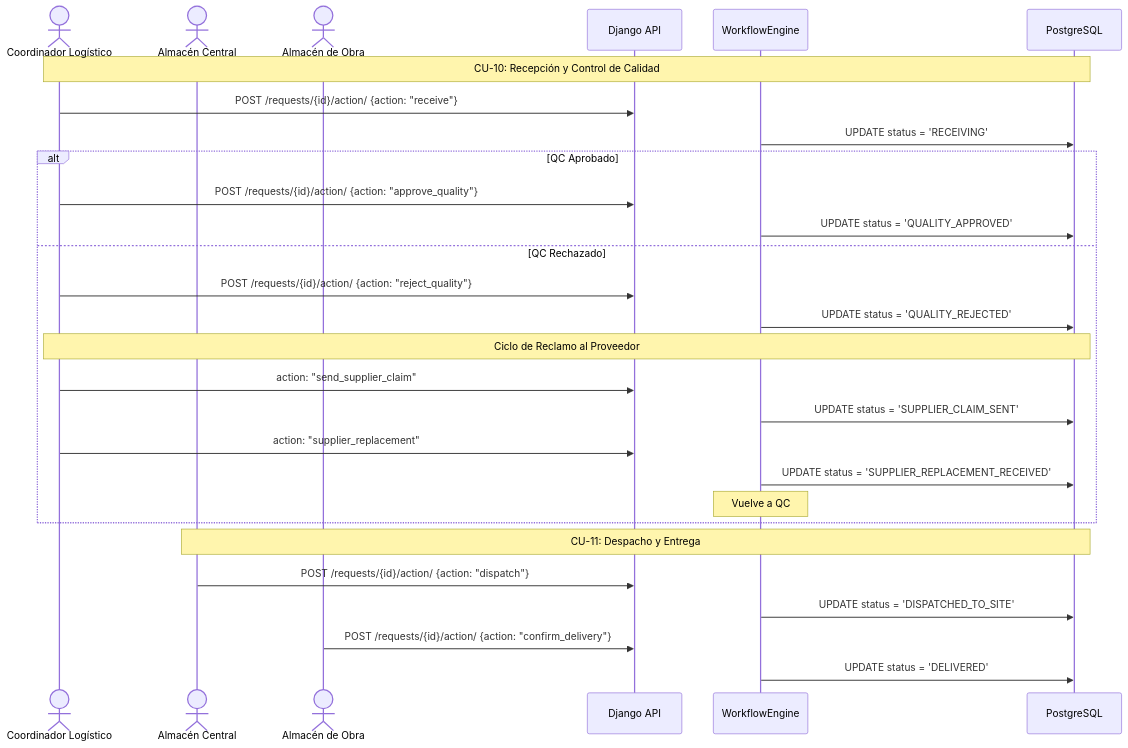
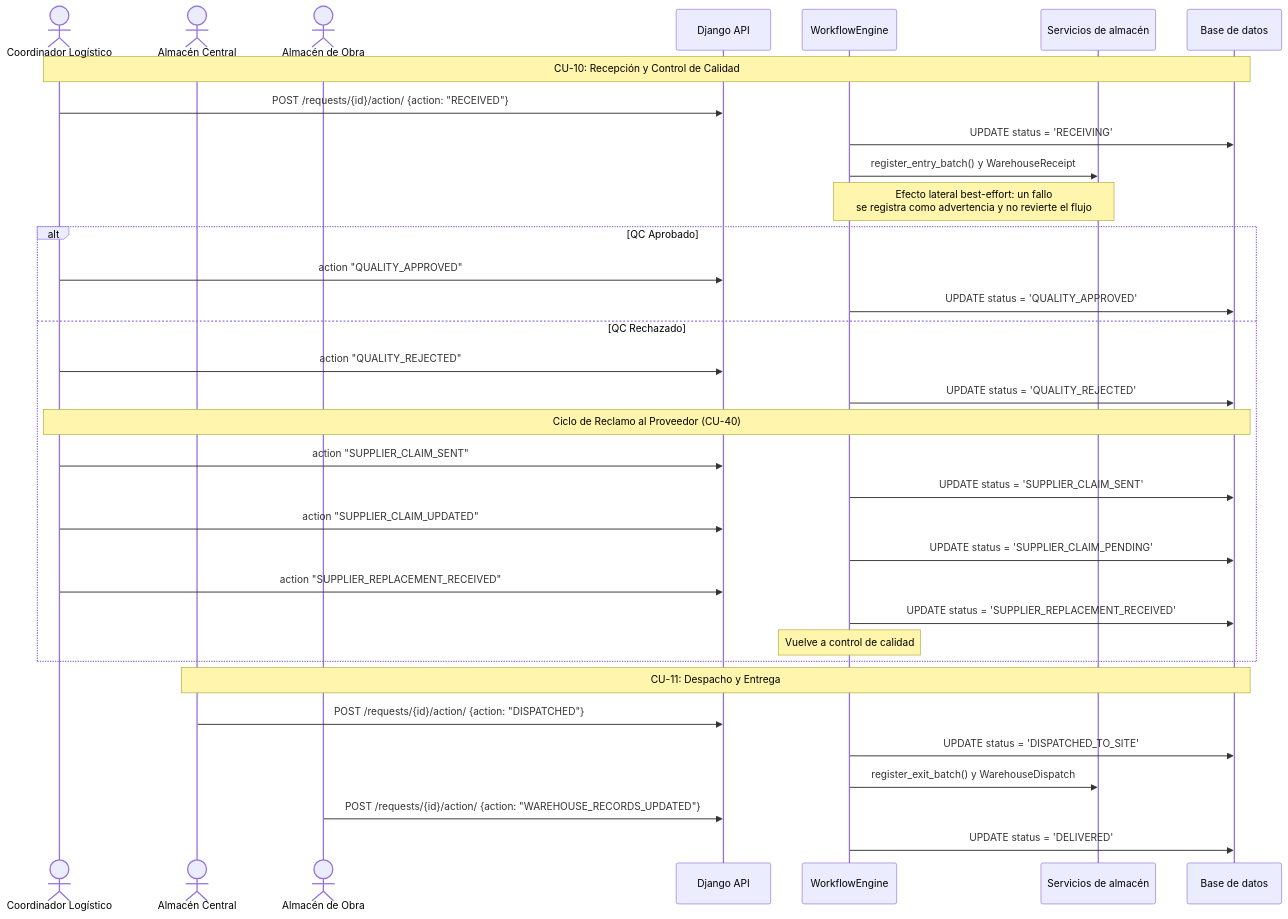
One commit to pccpegit/SYSPCCLOG changed the ninth of 25 diagrams in docs/01_Casos_de_Uso.md. Above: the diagram before and after it, drawn with Mermaid. The commit also changed other lines of this file and 42 other files, not shown here.

````diff
--- a/docs/01_Casos_de_Uso.md
+++ b/docs/01_Casos_de_Uso.md
@@ -474,35 +539,41 @@
 ```mermaid
 sequenceDiagram
     actor LC as Coordinador Logístico
     actor CW as Almacén Central
     actor SW as Almacén de Obra
     participant API as Django API
     participant WF as WorkflowEngine
-    participant DB as PostgreSQL
+    participant WH as Servicios de almacén
+    participant DB as Base de datos
 
     Note over LC,DB: CU-10: Recepción y Control de Calidad
-    LC->>API: POST /requests/{id}/action/ {action: "receive"}
+    LC->>API: POST /requests/{id}/action/ {action: "RECEIVED"}
     WF->>DB: UPDATE status = 'RECEIVING'
+    WF->>WH: register_entry_batch() y WarehouseReceipt
+    Note over WF,WH: Efecto lateral best-effort: un fallo<br/>se registra como advertencia y no revierte el flujo
 
     alt QC Aprobado
-        LC->>API: POST /requests/{id}/action/ {action: "approve_quality"}
+        LC->>API: action "QUALITY_APPROVED"
         WF->>DB: UPDATE status = 'QUALITY_APPROVED'
     else QC Rechazado
-        LC->>API: POST /requests/{id}/action/ {action: "reject_quality"}
+        LC->>API: action "QUALITY_REJECTED"
         WF->>DB: UPDATE status = 'QUALITY_REJECTED'
 
-        Note over LC,DB: Ciclo de Reclamo al Proveedor
-        LC->>API: action: "send_supplier_claim"
+        Note over LC,DB: Ciclo de Reclamo al Proveedor (CU-40)
+        LC->>API: action "SUPPLIER_CLAIM_SENT"
         WF->>DB: UPDATE status = 'SUPPLIER_CLAIM_SENT'
-        LC->>API: action: "supplier_replacement"
+        LC->>API: action "SUPPLIER_CLAIM_UPDATED"
+        WF->>DB: UPDATE status = 'SUPPLIER_CLAIM_PENDING'
+        LC->>API: action "SUPPLIER_REPLACEMENT_RECEIVED"
         WF->>DB: UPDATE status = 'SUPPLIER_REPLACEMENT_RECEIVED'
-        Note over WF: Vuelve a QC
+        Note over WF: Vuelve a control de calidad
     end
 
     Note over CW,DB: CU-11: Despacho y Entrega
-    CW->>API: POST /requests/{id}/action/ {action: "dispatch"}
+    CW->>API: POST /requests/{id}/action/ {action: "DISPATCHED"}
     WF->>DB: UPDATE status = 'DISPATCHED_TO_SITE'
+    WF->>WH: register_exit_batch() y WarehouseDispatch
 
-    SW->>API: POST /requests/{id}/action/ {action: "confirm_delivery"}
+    SW->>API: POST /requests/{id}/action/ {action: "WAREHOUSE_RECORDS_UPDATED"}
     WF->>DB: UPDATE status = 'DELIVERED'
 ```
````
